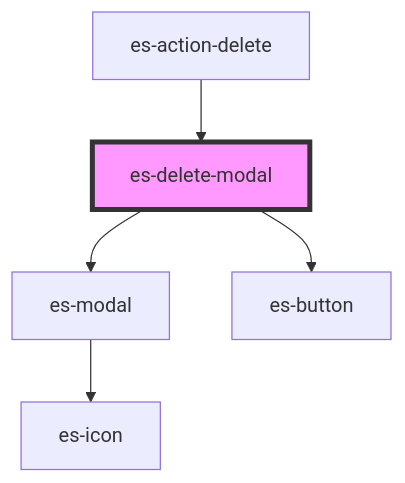
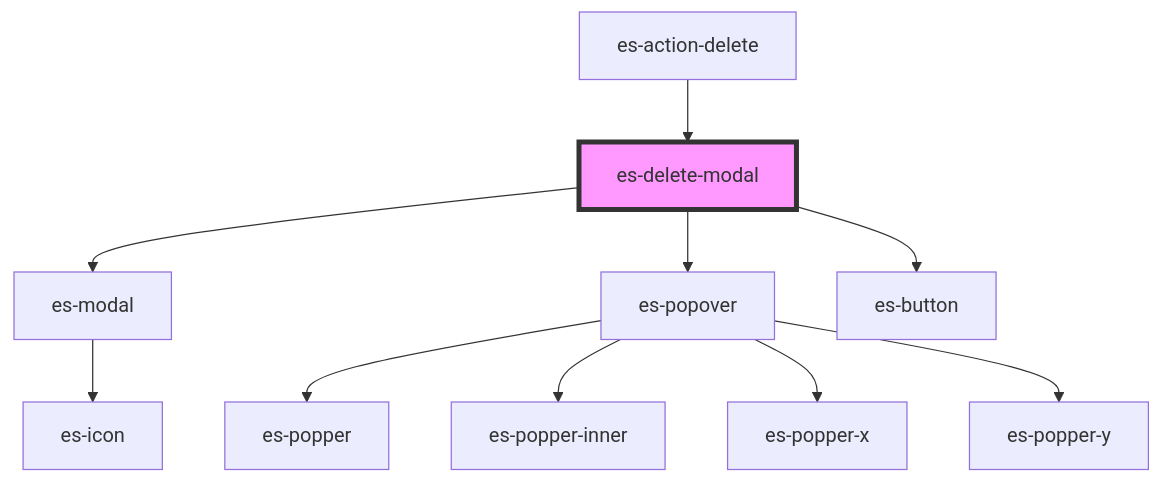
One commit to EventStore/Design-System changed the diagram in packages/components/src/components/actions/es-action-delete/components/es-delete-modal/readme.md. Above: the diagram before and after it, drawn with Mermaid. The commit also changed other lines of this file and 9 other files, not shown here.

Commit message:
Add "type to delete" to `es-delete-modal` - Add to prop to `es-action-delete` to enable / disable

````diff
--- a/packages/components/src/components/actions/es-action-delete/components/es-delete-modal/readme.md
+++ b/packages/components/src/components/actions/es-action-delete/components/es-delete-modal/readme.md
@@ -101,8 +103,13 @@
 ```mermaid
 graph TD;
   es-delete-modal --> es-modal
+  es-delete-modal --> es-popover
   es-delete-modal --> es-button
   es-modal --> es-icon
+  es-popover --> es-popper
+  es-popover --> es-popper-inner
+  es-popover --> es-popper-x
+  es-popover --> es-popper-y
   es-action-delete --> es-delete-modal
   style es-delete-modal fill:#f9f,stroke:#333,stroke-width:4px
 ```
````
